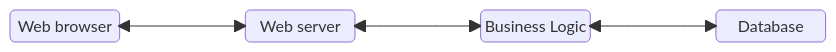
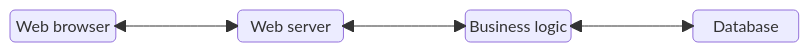
Before and after one commit to timothyalder/tplat: the first of 3 diagrams in projects/threat_modelling/docs/model/index.md, drawn with Mermaid. The commit also changed other lines of this file and 4 other files, not shown here.

Commit message:
Migrate remaining model diagrams to mermaid

````diff
--- a/projects/threat_modelling/docs/model/index.md
+++ b/projects/threat_modelling/docs/model/index.md
@@ -7,7 +7,7 @@
 ```mermaid
 block-beta
-    browser("Web browser") space server("Web server") space logic("Business Logic") space database("Database")
+    browser("Web browser") space server("Web server") space logic("Business logic") space database("Database")
     browser<-->server
     server<-->logic
     logic<-->database
 ```
````
